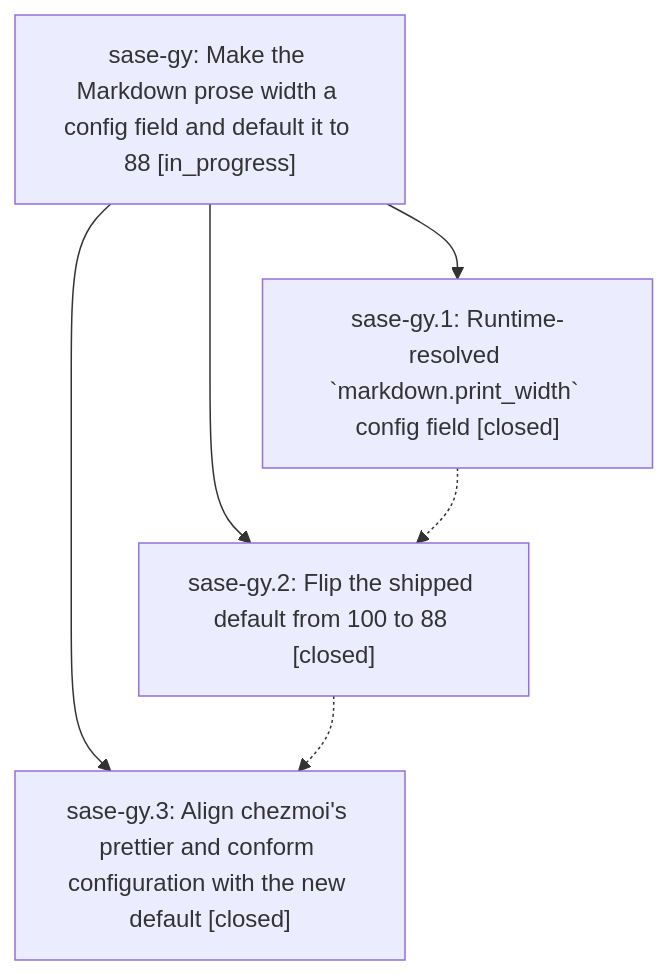
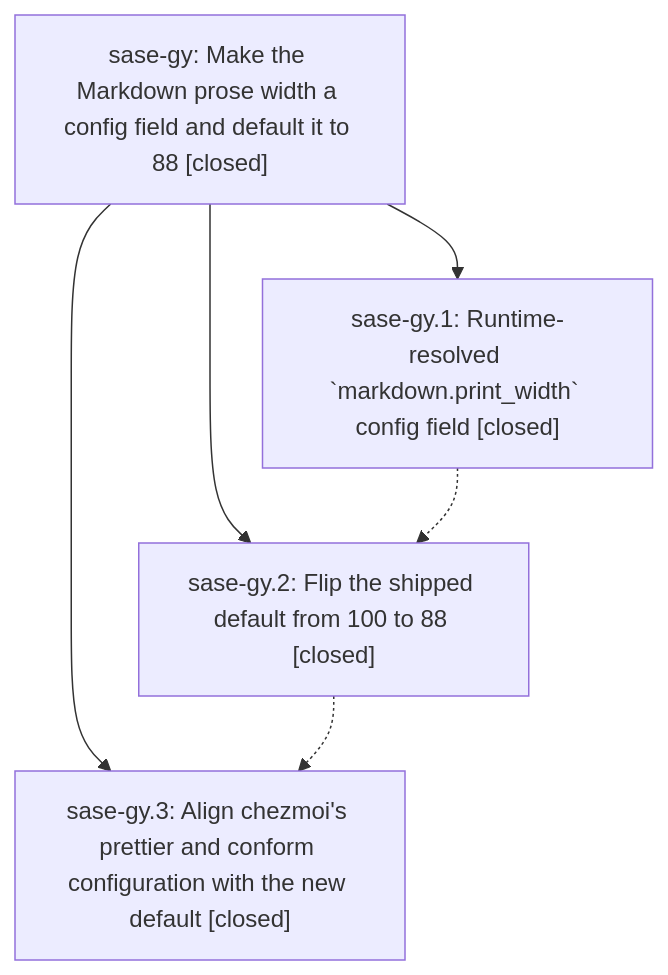
Before and after one commit to sase-org/sase--beads: the diagram in pages/sase-gy/README.md, drawn with Mermaid. The commit also changed other lines of this file, not shown here.

First line of the commit message:
chore(beads): sync bead state and pages for sase-gy

````diff
--- a/pages/sase-gy/README.md
+++ b/pages/sase-gy/README.md
@@ -24,12 +54,12 @@
 ```mermaid
 flowchart TD
-    n0["sase-gy: Make the Markdown prose width a config field and default it to 88 [in_progress]"]
+    n0["sase-gy: Make the Markdown prose width a config field and default it to 88 [closed]"]
     n1["sase-gy.1: Runtime-resolved `markdown.print_width` config field [closed]"]
     n2["sase-gy.2: Flip the shipped default from 100 to 88 [closed]"]
     n3["sase-gy.3: Align chezmoi's prettier and conform configuration with the new default [closed]"]
     n0 --> n1
     n0 --> n2
     n0 --> n3
     n1 -.-> n2
     n2 -.-> n3
 ```
````
